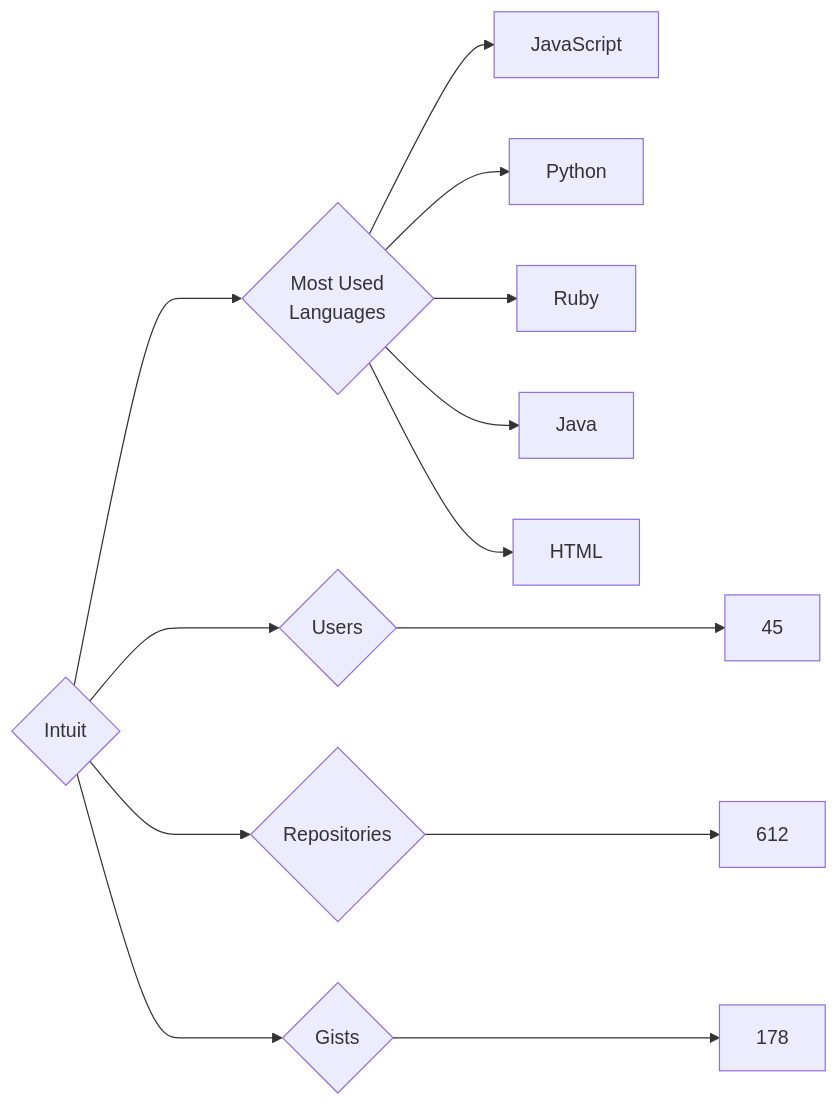
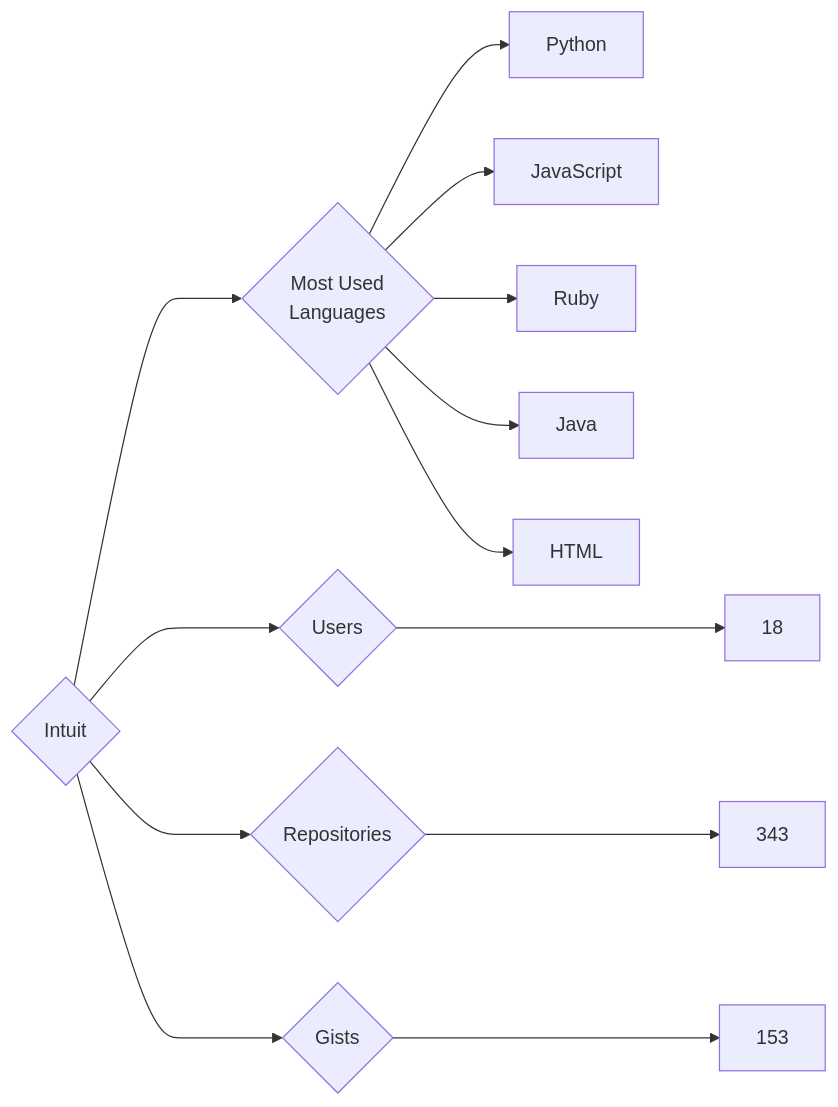
One commit to trickest/insiders changed the diagram in targets/Intuit/README.md. Above: the diagram before and after it, drawn with Mermaid. The commit also changed 873 other files, not shown here.

````diff
--- a/targets/Intuit/README.md
+++ b/targets/Intuit/README.md
@@ -3,13 +3,13 @@
 ```mermaid
 graph LR
 COMPANY_NAME{Intuit}
-COMPANY_NAME ---> U{Users} ---> UN[45]
-COMPANY_NAME ---> R{Repositories} ---> RN[612]
-COMPANY_NAME ---> G{Gists} ---> GN[178]
+COMPANY_NAME ---> U{Users} ---> UN[18]
+COMPANY_NAME ---> R{Repositories} ---> RN[343]
+COMPANY_NAME ---> G{Gists} ---> GN[153]
 COMPANY_NAME ---> ML{Most Used<br>Languages}
+ML --> Python[Python]
 ML --> JavaScript[JavaScript]
-ML --> Python[Python]
 ML --> Ruby[Ruby]
 ML --> Java[Java]
 ML --> HTML[HTML]
 ```
````
